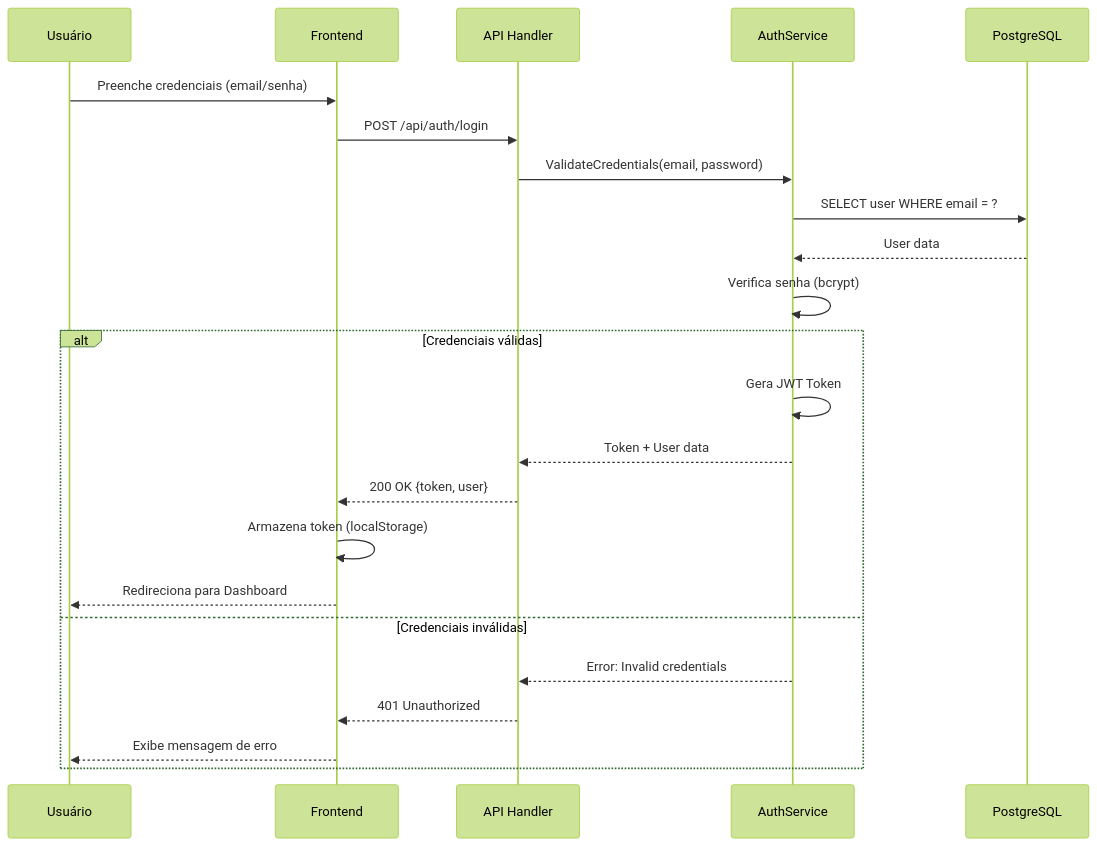
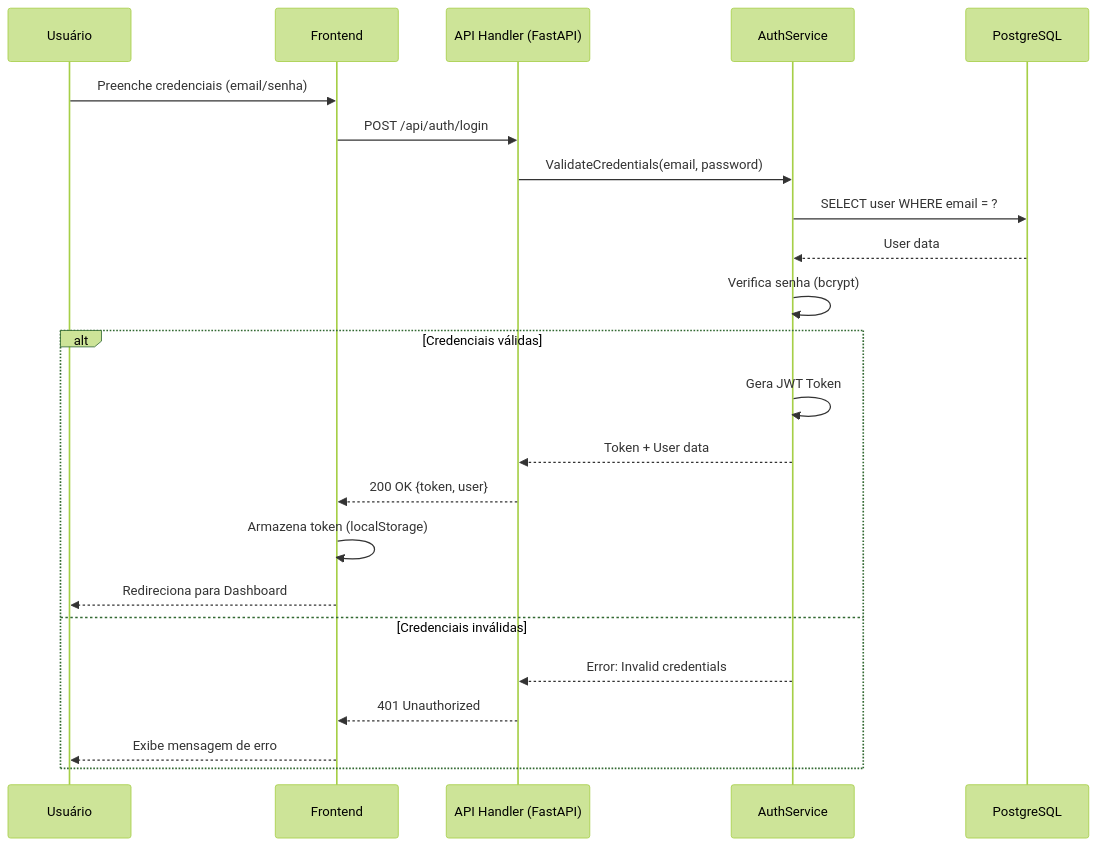
The first of 8 diagrams in desenvolvimento.md (Senador2006/hackthon_docs), drawn with Mermaid (forest theme) before and after one commit. The commit also changed other lines of this file and 2 other files, not shown here.

Commit message:
Atualização da documentação para refletir a migração do backend de Go para Python, incluindo a implementação de modelos utilizando Pydantic e FastAPI.

````diff
--- a/desenvolvimento.md
+++ b/desenvolvimento.md
@@ -519,26 +538,26 @@
 ```mermaid
 sequenceDiagram
     participant U as Usuário
     participant F as Frontend
-    participant A as API Handler
+    participant A as API Handler (FastAPI)
     participant Auth as AuthService
     participant DB as PostgreSQL
 
     U->>F: Preenche credenciais (email/senha)
     F->>A: POST /api/auth/login
     A->>Auth: ValidateCredentials(email, password)
     Auth->>DB: SELECT user WHERE email = ?
     DB-->>Auth: User data
     Auth->>Auth: Verifica senha (bcrypt)
     alt Credenciais válidas
         Auth->>Auth: Gera JWT Token
         Auth-->>A: Token + User data
         A-->>F: 200 OK {token, user}
         F->>F: Armazena token (localStorage)
         F-->>U: Redireciona para Dashboard
     else Credenciais inválidas
         Auth-->>A: Error: Invalid credentials
         A-->>F: 401 Unauthorized
         F-->>U: Exibe mensagem de erro
     end
 ```
````
